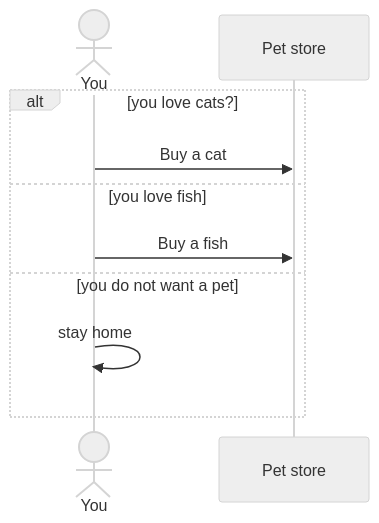
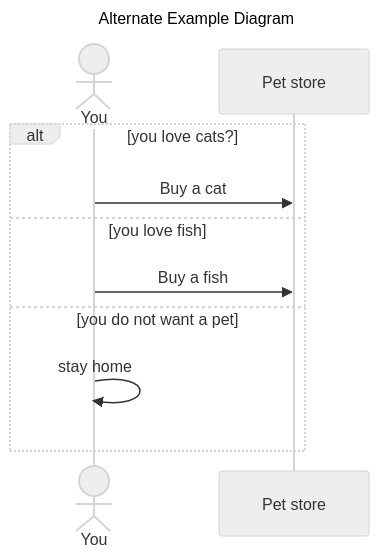
One commit to carolyncole/i_love_mermaid changed the third of 7 diagrams in empty-flow.md. Above: the diagram before and after it, drawn with Mermaid (neutral theme). The commit also changed other lines of this file, not shown here.

````diff
--- a/empty-flow.md
+++ b/empty-flow.md
@@ -39,12 +40,13 @@
   ```mermaid
   sequenceDiagram
+    title Alternate Example Diagram
     actor you as You
     participant store as Pet store
     alt you love cats?
       you->>store: Buy a cat
     else you love fish
       you->>store: Buy a fish
     else you do not want a pet
       you->>you: stay home
     end  
   ```
````
